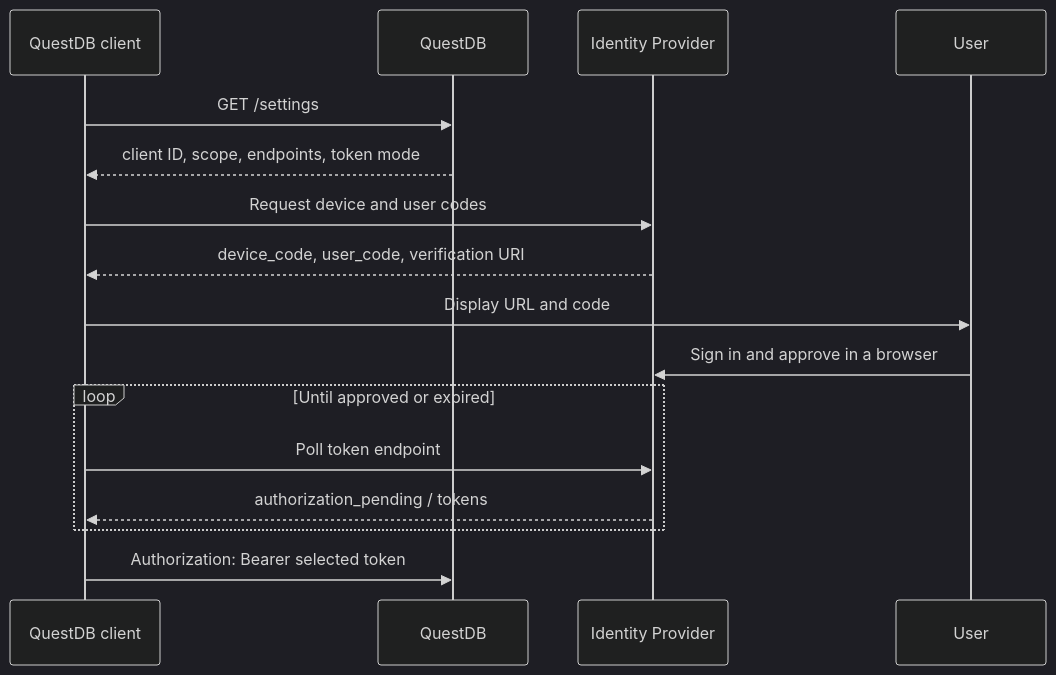
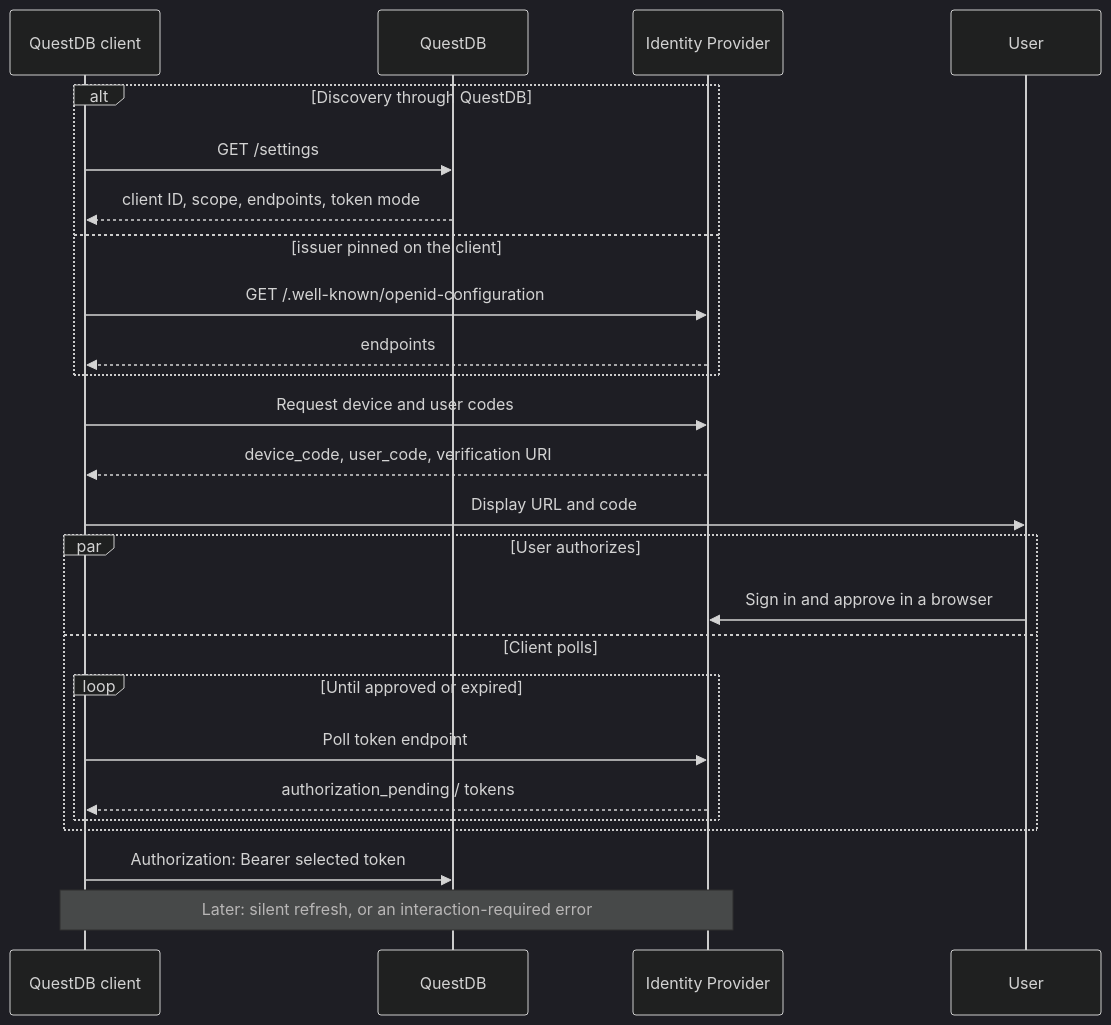
The diagram in documentation/security/oidc-device-flow.mdx (questdb/documentation), drawn with Mermaid (dark theme) before and after one commit. The commit also changed other lines of this file and 10 other files, not shown here.

````diff
--- a/documentation/security/oidc-device-flow.mdx
+++ b/documentation/security/oidc-device-flow.mdx
@@ -29,18 +29,27 @@
 ```mermaid
 sequenceDiagram
     participant Client as QuestDB client
     participant QDB as QuestDB
     participant IdP as Identity Provider
     participant User
-    Client->>QDB: GET /settings
-    QDB-->>Client: client ID, scope, endpoints, token mode
+    alt Discovery through QuestDB
+        Client->>QDB: GET /settings
+        QDB-->>Client: client ID, scope, endpoints, token mode
+    else issuer pinned on the client
+        Client->>IdP: GET /.well-known/openid-configuration
+        IdP-->>Client: endpoints
+    end
     Client->>IdP: Request device and user codes
     IdP-->>Client: device_code, user_code, verification URI
     Client->>User: Display URL and code
-    User->>IdP: Sign in and approve in a browser
-    loop Until approved or expired
-        Client->>IdP: Poll token endpoint
-        IdP-->>Client: authorization_pending / tokens
+    par User authorizes
+        User->>IdP: Sign in and approve in a browser
+    and Client polls
+        loop Until approved or expired
+            Client->>IdP: Poll token endpoint
+            IdP-->>Client: authorization_pending / tokens
+        end
     end
     Client->>QDB: Authorization: Bearer selected token
+    Note over Client,IdP: Later: silent refresh, or an interaction-required error
 ```
````
